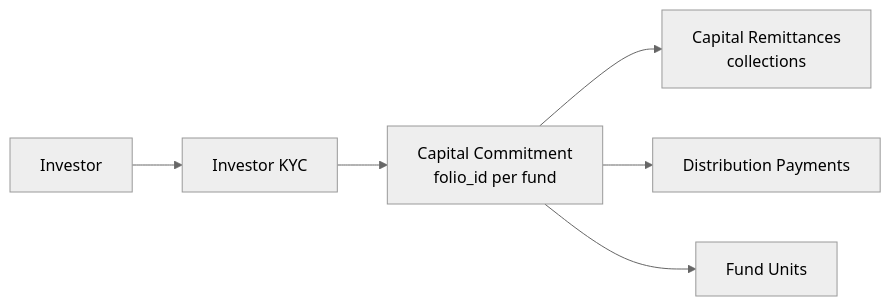
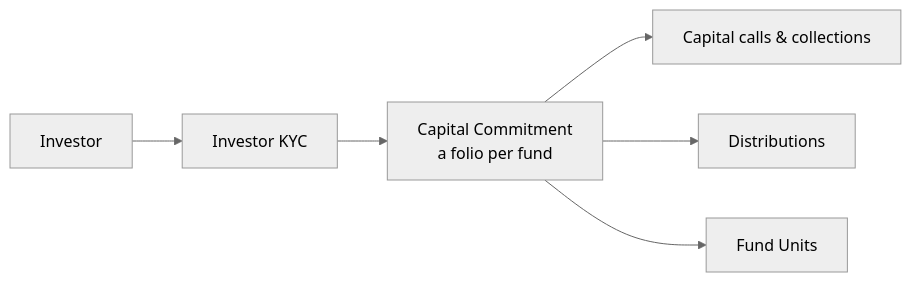
One commit to sampadadiwan/IRM_CompanyMain changed the third of 3 diagrams in docs/user_guides/investors_user_guide.md. Above: the diagram before and after it, drawn with Mermaid (neutral theme). The commit also changed other lines of this file and 21 other files, not shown here.

````diff
--- a/docs/user_guides/investors_user_guide.md
+++ b/docs/user_guides/investors_user_guide.md
@@ -189,8 +153,8 @@
 ```mermaid
 flowchart LR
     Investor --> KYC[Investor KYC]
-    KYC --> CC[Capital Commitment\n folio_id per fund]
-    CC --> CR[Capital Remittances\n collections]
-    CC --> DP[Distribution Payments]
+    KYC --> CC[Capital Commitment<br/>a folio per fund]
+    CC --> CR[Capital calls & collections]
+    CC --> DP[Distributions]
     CC --> FU[Fund Units]
 ```
````
